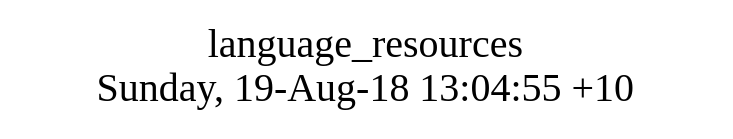
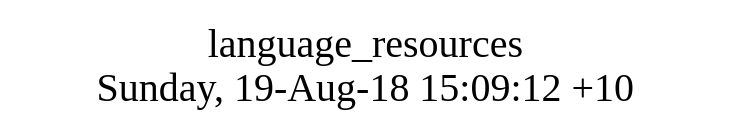
One commit to AplaProject/apps changed the diagram in src/language_resources/struct.dot. Above: the diagram before and after it, drawn with Graphviz. The commit also changed 7 other files, not shown here.

```diff
--- a/src/language_resources/struct.dot
+++ b/src/language_resources/struct.dot
@@ -1,8 +1,8 @@
 digraph G {
 fontsize="24";
-label="language_resources\nSunday, 19-Aug-18 13:04:55 +10";
+label="language_resources\nSunday, 19-Aug-18 15:09:12 +10";
 nojustify=true;
 ordering=out;
 rankdir=LR;
 size="30";
 }
```
